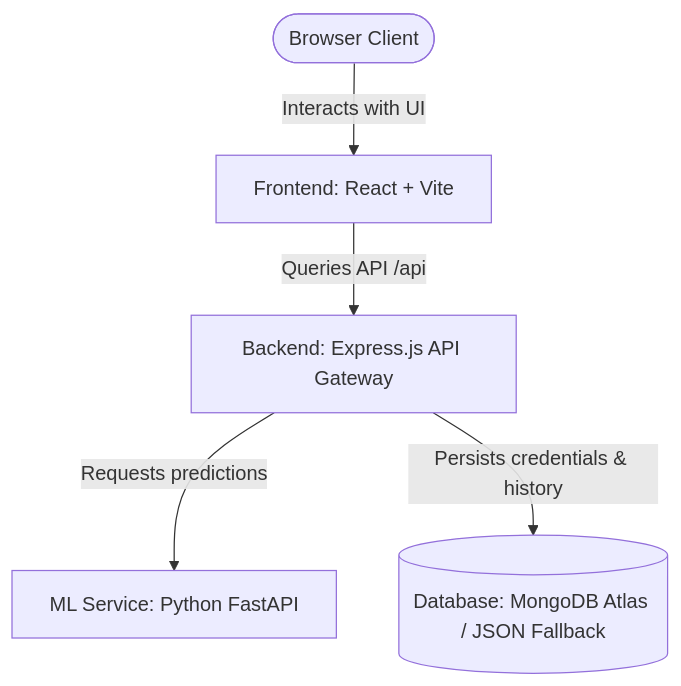
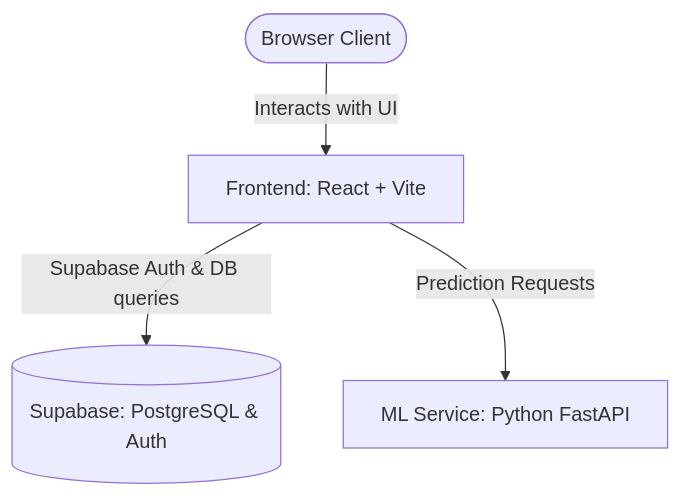
Before and after one commit to RajanyaMondal/flatvision: the diagram in DEPLOYMENT.md, drawn with Mermaid. The commit also changed other lines of this file and 32 other files, not shown here.

````diff
--- a/DEPLOYMENT.md
+++ b/DEPLOYMENT.md
@@ -9,7 +9,6 @@
 ```mermaid
 graph TD
     User([Browser Client]) -->|Interacts with UI| Frontend[Frontend: React + Vite]
-    Frontend -->|Queries API /api| Backend[Backend: Express.js API Gateway]
-    Backend -->|Requests predictions| MLService[ML Service: Python FastAPI]
-    Backend -->|Persists credentials & history| DB[(Database: MongoDB Atlas / JSON Fallback)]
+    Frontend -->|Supabase Auth & DB queries| Supabase[(Supabase: PostgreSQL & Auth)]
+    Frontend -->|Prediction Requests| MLService[ML Service: Python FastAPI]
 ```
````
